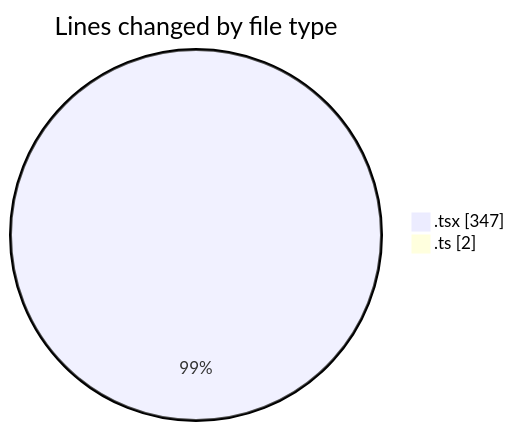
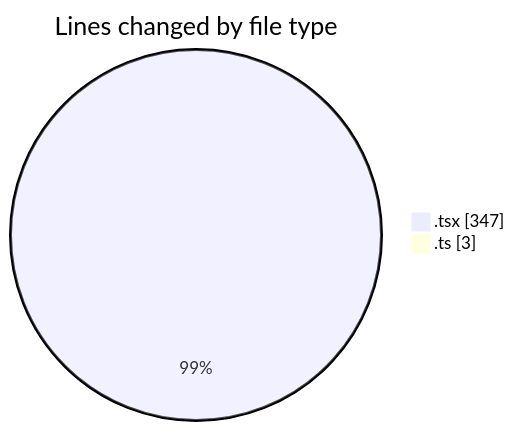
One commit to robertbonfada/code-tracking changed the first of 2 diagrams in 2025-02-19/mbc-web/README.md. Above: the diagram before and after it, drawn with Mermaid. The commit also changed other lines of this file and 1 other file, not shown here.

````diff
--- a/2025-02-19/mbc-web/README.md
+++ b/2025-02-19/mbc-web/README.md
@@ -25,6 +25,6 @@
 ```mermaid
 pie showData
 title Lines changed by file type
 ".tsx" : 347
-".ts" : 2
+".ts" : 3
 ```
````
